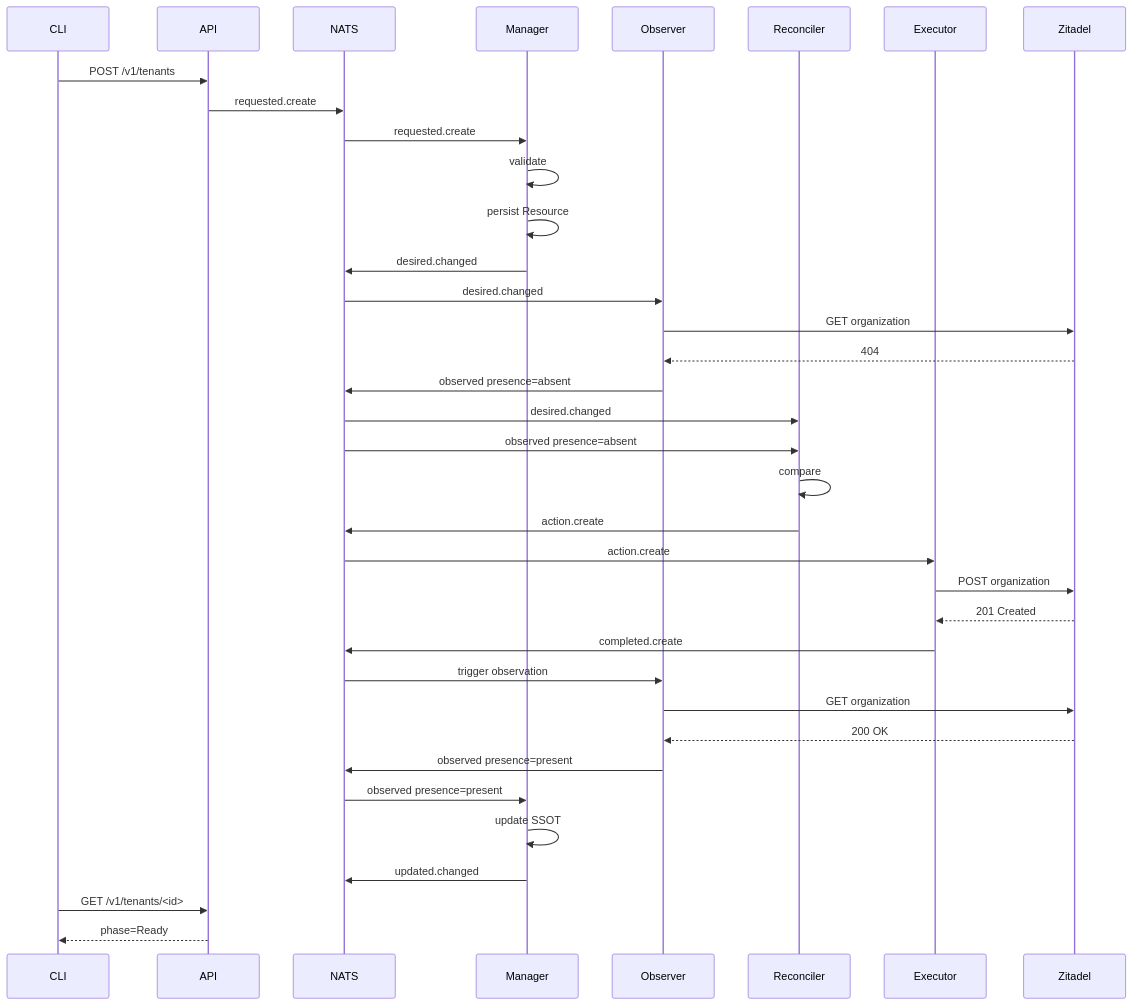
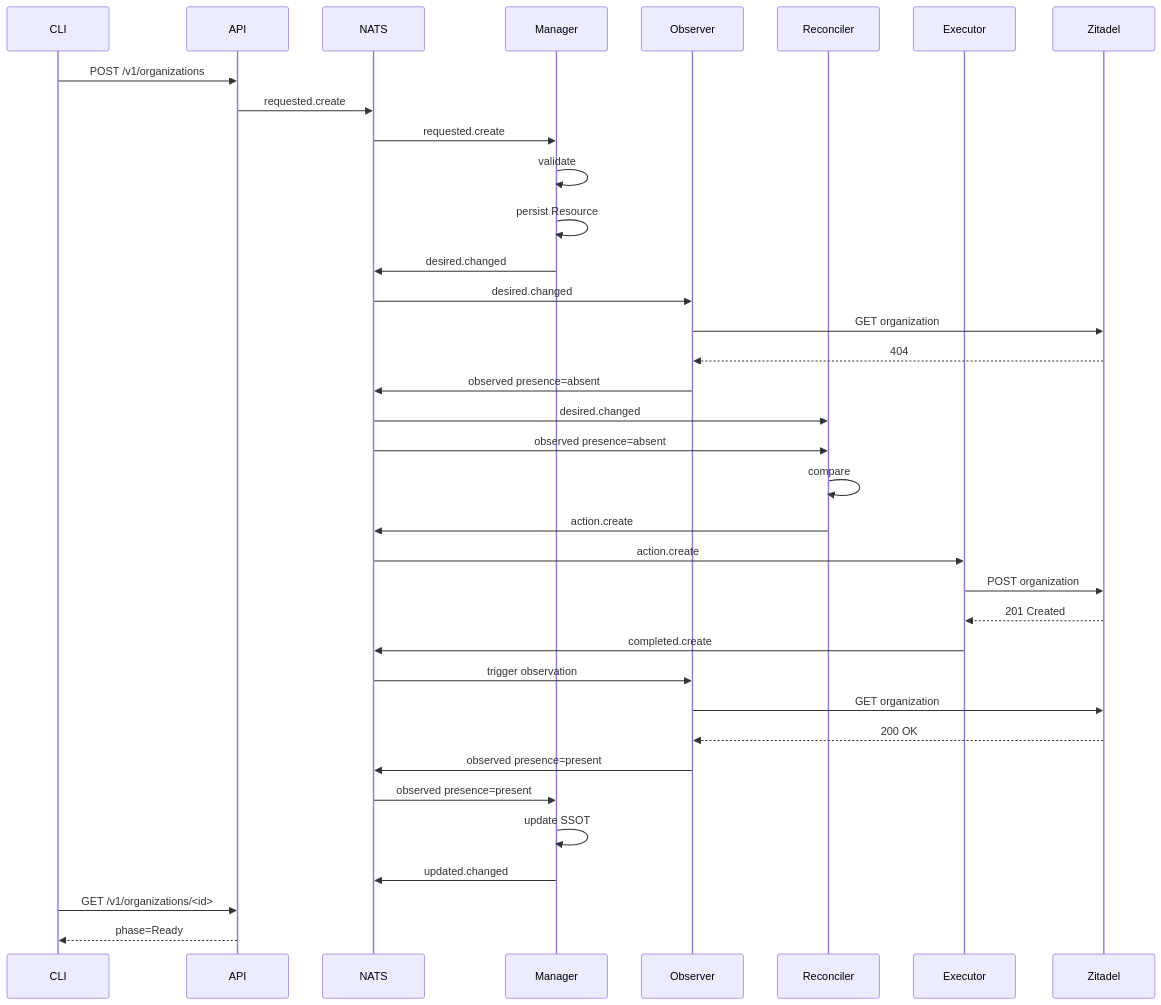
One commit to danielsabatini/smarkee changed diagram 13 of 18 in docs/RESOURCE-CONTROL-LOOP.md. Above: the diagram before and after it, drawn with Mermaid. The commit also changed other lines of this file and 10 other files, not shown here.

````diff
--- a/docs/RESOURCE-CONTROL-LOOP.md
+++ b/docs/RESOURCE-CONTROL-LOOP.md
@@ -898,48 +918,48 @@
 ```mermaid
 sequenceDiagram
 
     participant CLI
     participant API
     participant NATS
     participant Manager
     participant Observer
     participant Reconciler
     participant Executor
     participant Zitadel
 
-    CLI->>API: POST /v1/tenants
+    CLI->>API: POST /v1/organizations
     API->>NATS: requested.create
 
     NATS->>Manager: requested.create
     Manager->>Manager: validate
     Manager->>Manager: persist Resource
     Manager->>NATS: desired.changed
 
     NATS->>Observer: desired.changed
     Observer->>Zitadel: GET organization
     Zitadel-->>Observer: 404
     Observer->>NATS: observed presence=absent
 
     NATS->>Reconciler: desired.changed
     NATS->>Reconciler: observed presence=absent
 
     Reconciler->>Reconciler: compare
     Reconciler->>NATS: action.create
 
     NATS->>Executor: action.create
     Executor->>Zitadel: POST organization
     Zitadel-->>Executor: 201 Created
     Executor->>NATS: completed.create
 
     NATS->>Observer: trigger observation
     Observer->>Zitadel: GET organization
     Zitadel-->>Observer: 200 OK
     Observer->>NATS: observed presence=present
 
     NATS->>Manager: observed presence=present
     Manager->>Manager: update SSOT
     Manager->>NATS: updated.changed
 
-    CLI->>API: GET /v1/tenants/<id>
+    CLI->>API: GET /v1/organizations/<id>
     API-->>CLI: phase=Ready
 ```
````
